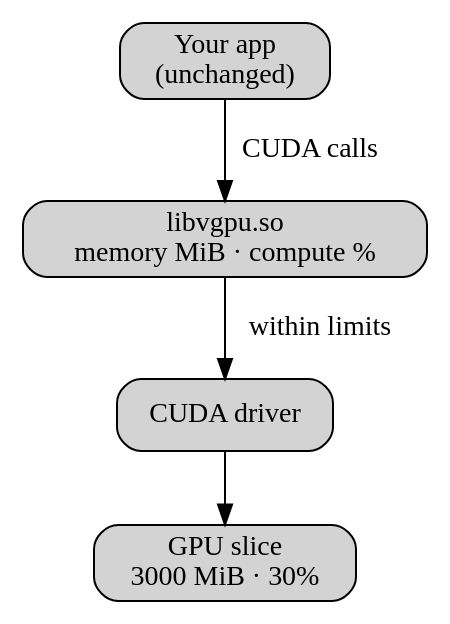
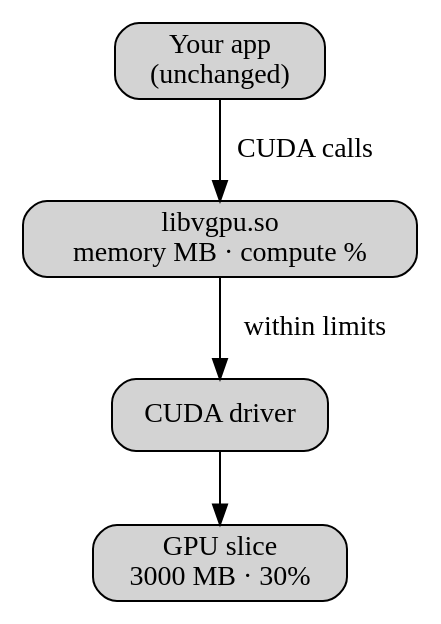
One commit to fishing-agents/talks changed the first of 6 diagrams in containerdays_neocloud_blueprint.md. Above: the diagram before and after it, drawn with Graphviz. The commit also changed other lines of this file and 1 other file, not shown here.

````diff
--- a/containerdays_neocloud_blueprint.md
+++ b/containerdays_neocloud_blueprint.md
@@ -252,13 +252,13 @@
 ```dot
 digraph G {
   rankdir=TB
   node [shape=box style="rounded,filled"]
   app [label="Your app\n(unchanged)"]
-  lib [label="libvgpu.so\nmemory MiB · compute %" class="yellow"]
+  lib [label="libvgpu.so\nmemory MB · compute %" class="yellow"]
   drv [label="CUDA driver"]
-  gpu [label="GPU slice\n3000 MiB · 30%" class="green"]
+  gpu [label="GPU slice\n3000 MB · 30%" class="green"]
   app -> lib [label=" CUDA calls"]
   lib -> drv [label=" within limits"]
   drv -> gpu
 }
 ```
````
